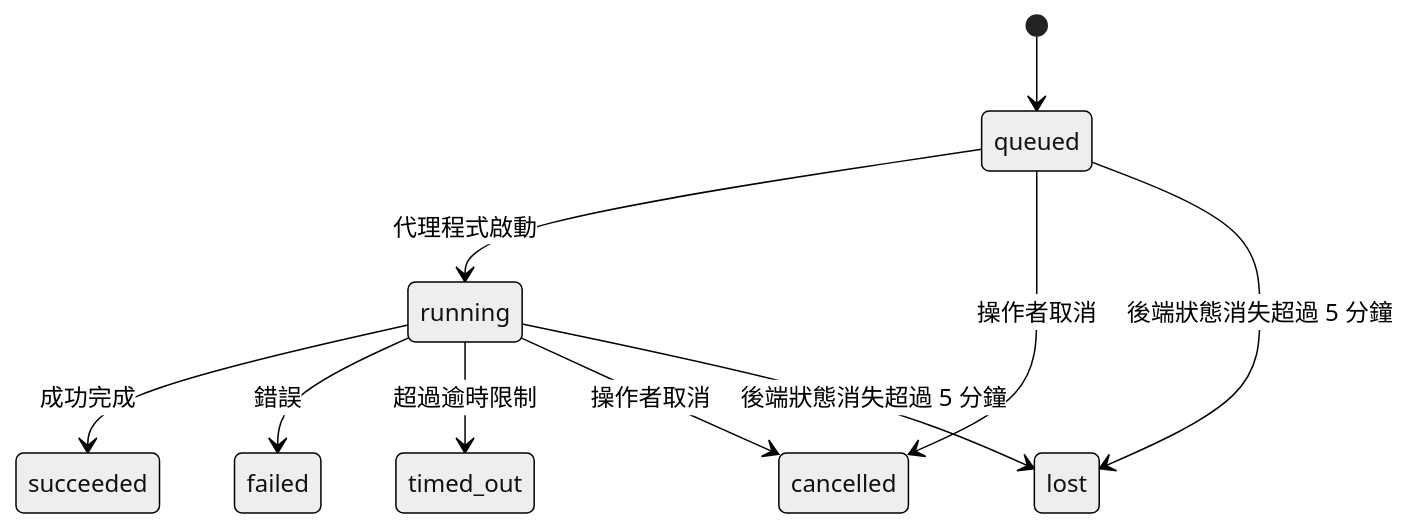
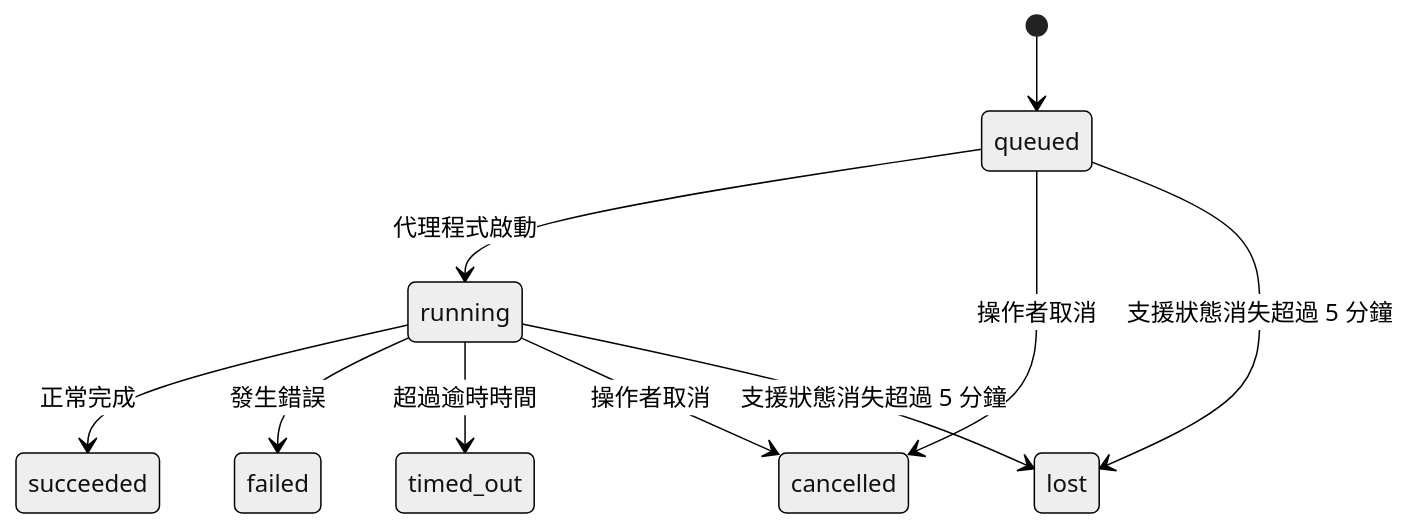
One commit to openclaw/docs changed the diagram in docs/zh-TW/automation/tasks.md. Above: the diagram before and after it, drawn with Mermaid (neutral theme). The commit also changed other lines of this file and 11240 other files, not shown here.

````diff
--- a/docs/zh-TW/automation/tasks.md
+++ b/docs/zh-TW/automation/tasks.md
@@ -126,12 +125,12 @@
 ```mermaid
 stateDiagram-v2
     [*] --> queued
     queued --> running : 代理程式啟動
-    running --> succeeded : 成功完成
-    running --> failed : 錯誤
-    running --> timed_out : 超過逾時限制
+    running --> succeeded : 正常完成
+    running --> failed : 發生錯誤
+    running --> timed_out : 超過逾時時間
     queued --> cancelled : 操作者取消
     running --> cancelled : 操作者取消
-    queued --> lost : 後端狀態消失超過 5 分鐘
-    running --> lost : 後端狀態消失超過 5 分鐘
+    queued --> lost : 支援狀態消失超過 5 分鐘
+    running --> lost : 支援狀態消失超過 5 分鐘
 ```
````
